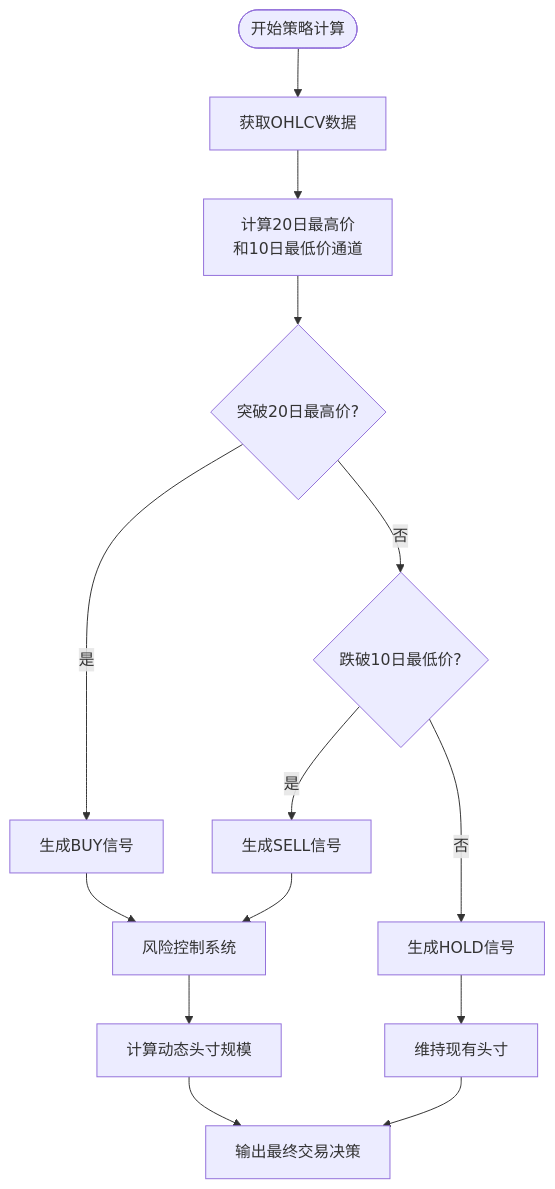
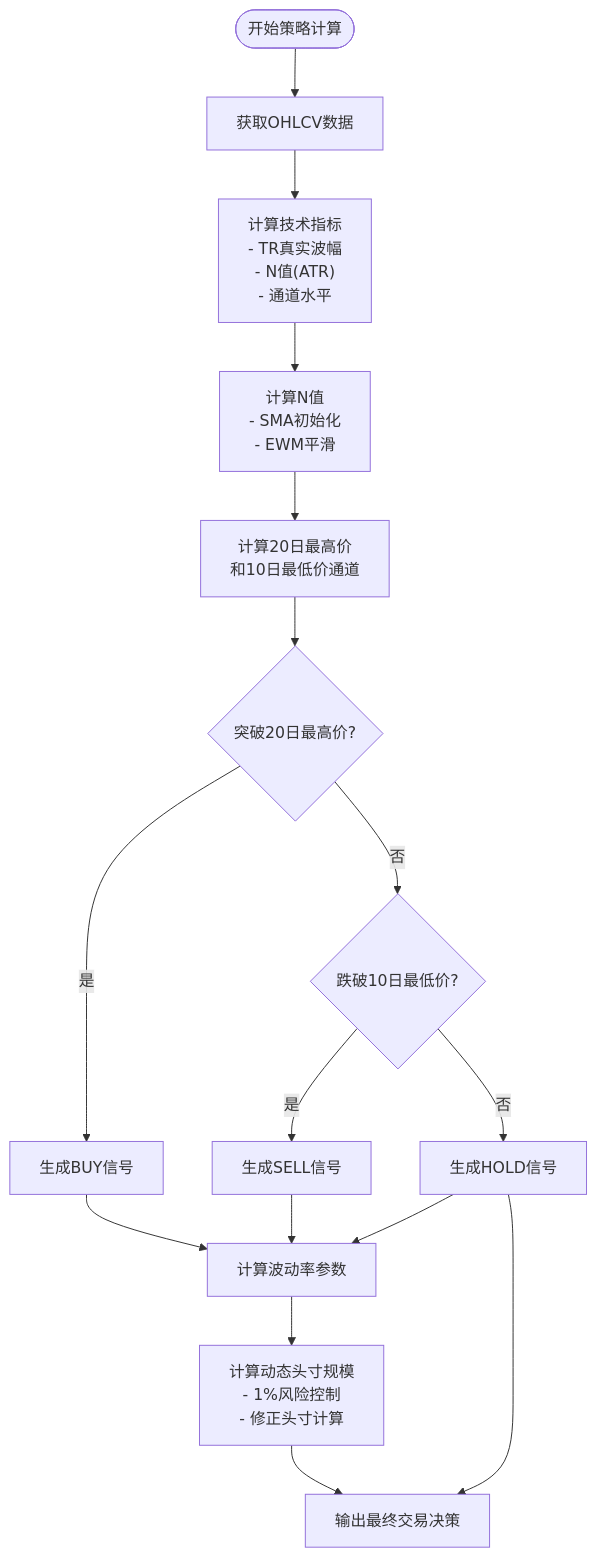
The third of 10 diagrams in .qoder/repowiki/zh/content/核心功能模块/核心功能模块.md (raymodny-ai/The-Modern-Turtle-Protocol), drawn with Mermaid before and after one commit. The commit also changed other lines of this file and 15 other files, not shown here.

````diff
--- a/.qoder/repowiki/zh/content/核心功能模块/核心功能模块.md
+++ b/.qoder/repowiki/zh/content/核心功能模块/核心功能模块.md
@@ -221,16 +277,18 @@
 ```mermaid
 flowchart TD
 Start([开始策略计算]) --> GetData["获取OHLCV数据"]
-GetData --> CalcChannels["计算20日最高价<br/>和10日最低价通道"]
+GetData --> CalcIndicators["计算技术指标<br/>- TR真实波幅<br/>- N值(ATR)<br/>- 通道水平"]
+CalcIndicators --> CalcNValue["计算N值<br/>- SMA初始化<br/>- EWM平滑"]
+CalcNValue --> CalcChannels["计算20日最高价<br/>和10日最低价通道"]
 CalcChannels --> CheckBuy{"突破20日最高价?"}
 CheckBuy --> |是| BuySignal["生成BUY信号"]
 CheckBuy --> |否| CheckSell{"跌破10日最低价?"}
 CheckSell --> |是| SellSignal["生成SELL信号"]
 CheckSell --> |否| HoldSignal["生成HOLD信号"]
-BuySignal --> RiskControl["风险控制系统"]
-SellSignal --> RiskControl
-HoldSignal --> HoldControl["维持现有头寸"]
-RiskControl --> CalcUnits["计算动态头寸规模"]
+BuySignal --> CalcVolatility["计算波动率参数"]
+SellSignal --> CalcVolatility
+HoldSignal --> CalcVolatility
+CalcVolatility --> CalcUnits["计算动态头寸规模<br/>- 1%风险控制<br/>- 修正头寸计算"]
 CalcUnits --> Output["输出最终交易决策"]
-HoldControl --> Output
+HoldSignal --> Output
 ```
````
